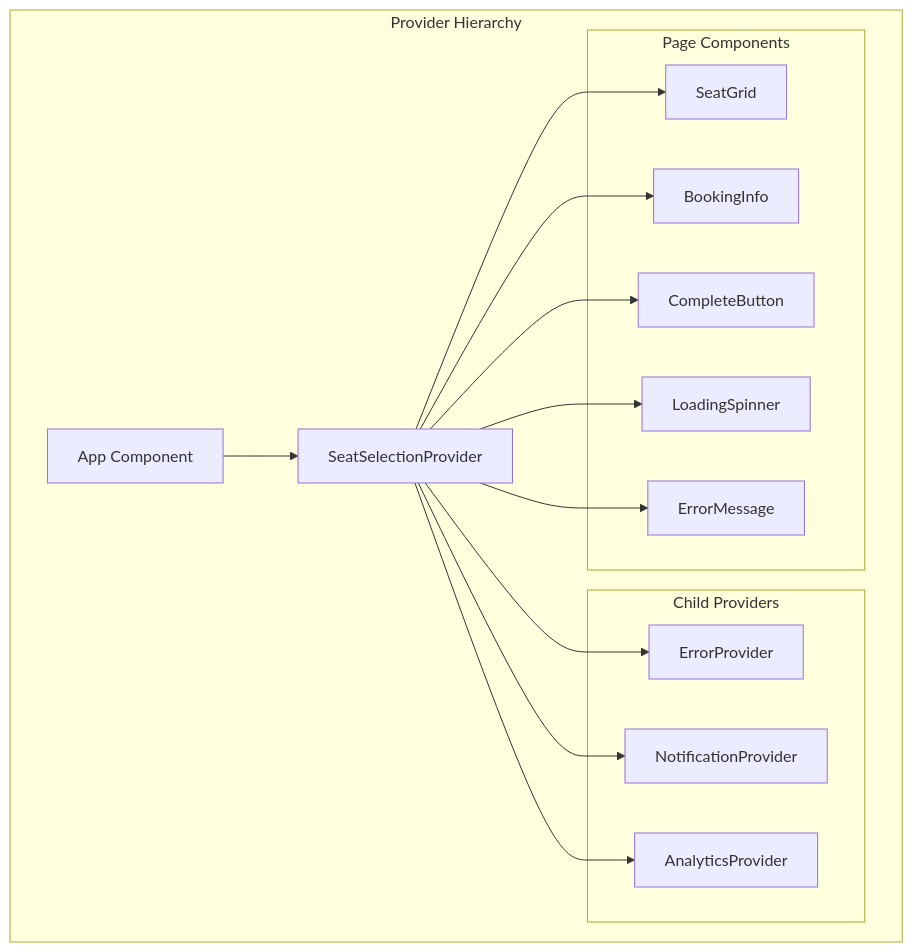
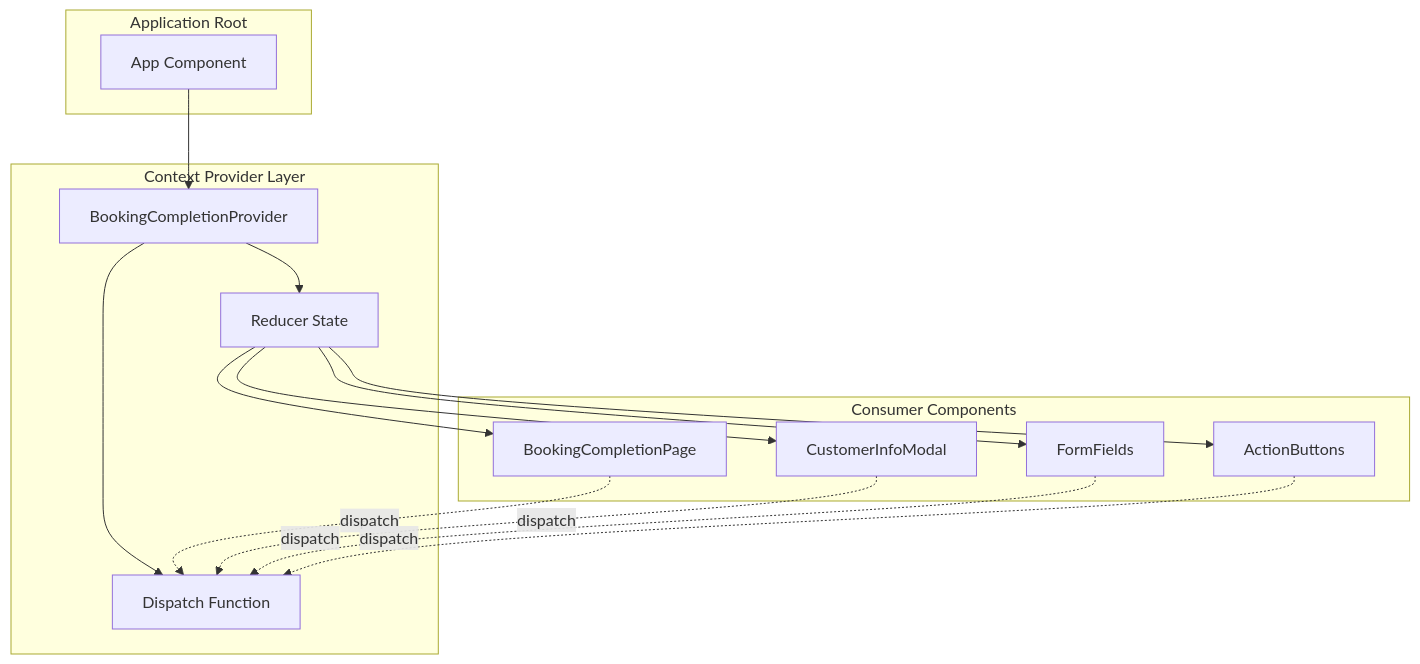
One commit to makerjkk/vmc-3-ticket-booking changed the fourth of 6 diagrams in docs/state-management.md. Above: the diagram before and after it, drawn with Mermaid. The commit also changed other lines of this file and 33 other files, not shown here.

Commit message:
유저플로우 #5: 예약 페이지 - 예약 완료 처리 완료

````diff
--- a/docs/state-management.md
+++ b/docs/state-management.md
@@ -517,32 +393,33 @@
 ```mermaid
 graph TB
-    subgraph "Provider Hierarchy"
-        APP[App Component]
-        SP[SeatSelectionProvider]
-        
-        subgraph "Child Providers"
-            EP[ErrorProvider]
-            NP[NotificationProvider]
-            AP[AnalyticsProvider]
-        end
-        
-        subgraph "Page Components"
-            SG[SeatGrid]
-            BI[BookingInfo]
-            CB[CompleteButton]
-            LS[LoadingSpinner]
-            EM[ErrorMessage]
-        end
+    subgraph "Application Root"
+        App[App Component]
     end
     
-    APP --> SP
-    SP --> EP
-    SP --> NP
-    SP --> AP
+    subgraph "Context Provider Layer"
+        BCP[BookingCompletionProvider]
+        State[Reducer State]
+        Dispatch[Dispatch Function]
+    end
     
-    SP --> SG
-    SP --> BI
-    SP --> CB
-    SP --> LS
-    SP --> EM
+    subgraph "Consumer Components"
+        Page[BookingCompletionPage]
+        Modal[CustomerInfoModal]
+        Form[FormFields]
+        Button[ActionButtons]
+    end
+    
+    App --> BCP
+    BCP --> State
+    BCP --> Dispatch
+    
+    State --> Page
+    State --> Modal
+    State --> Form
+    State --> Button
+    
+    Page -.->|dispatch| Dispatch
+    Modal -.->|dispatch| Dispatch
+    Form -.->|dispatch| Dispatch
+    Button -.->|dispatch| Dispatch
 ```
````
